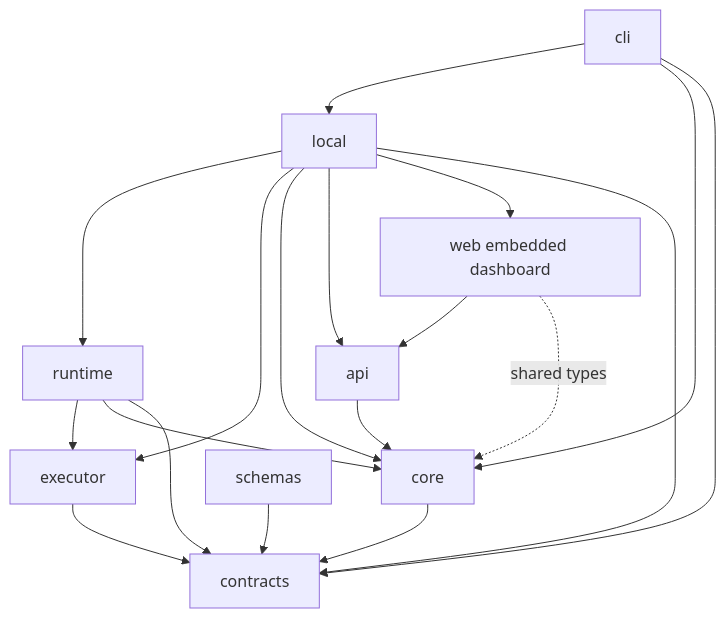
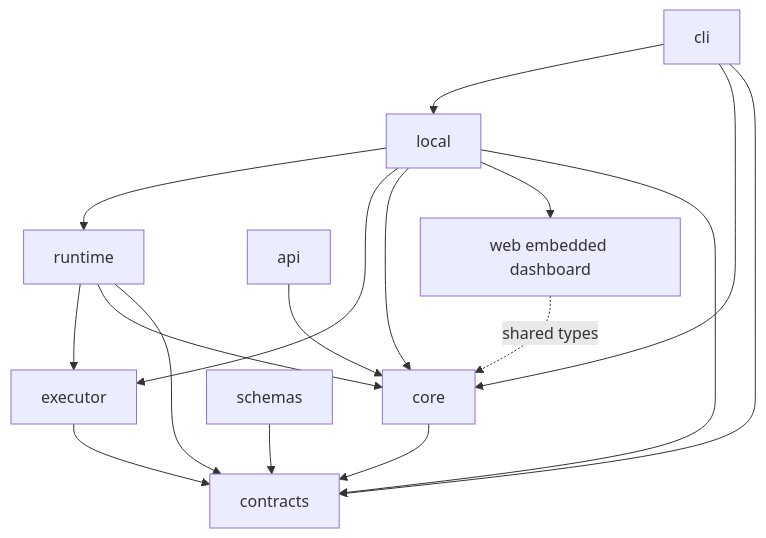
The first of 2 diagrams in docs/ARCHITECTURE.md (hatim-s/attest), drawn with Mermaid before and after one commit. The commit also changed 1 other file, not shown here.

Commit message:
docs(api): describe build and dependency edges at their owning layers

````diff
--- a/docs/ARCHITECTURE.md
+++ b/docs/ARCHITECTURE.md
@@ -5,21 +5,19 @@
 ```mermaid
 graph TD
   CLI[cli] --> Local[local]
   Local --> Runtime[runtime]
   Local --> Executor
   Local --> Core[core]
-  Local --> Api[api]
-  Api --> Core
-  Web --> Api
+  Api[api] --> Core
   Local --> Web[web embedded dashboard]
   Runtime --> Executor[executor]
   Executor --> Contracts
   Runtime --> Core
   Core --> Contracts[contracts]
   Runtime --> Contracts
   Local --> Contracts
   CLI --> Core
   CLI --> Contracts
   Web -. shared types .-> Core
   Schemas[schemas] --> Contracts
 ```
````
